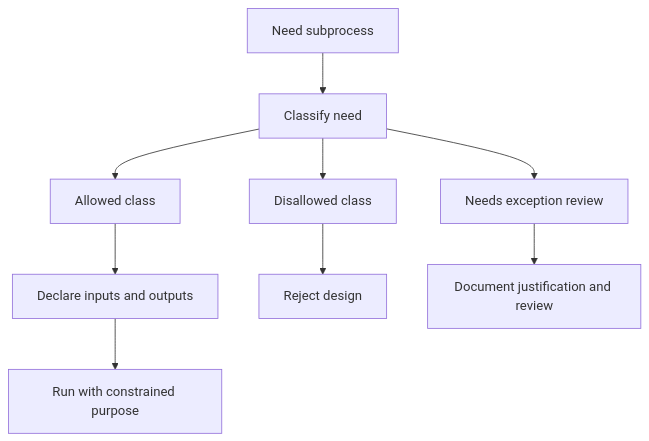
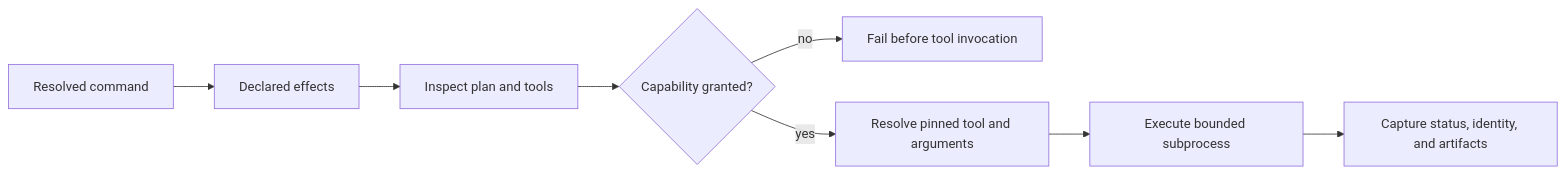
The diagram in docs/bijux-atlas-dev/automation/subprocess-allowance.md (bijux/bijux-atlas), drawn with Mermaid before and after one commit. The commit also changed other lines of this file and 2 other files, not shown here.

Commit message:
docs(automation): define routing effects and generated authority

````diff
--- a/docs/bijux-atlas-dev/automation/subprocess-allowance.md
+++ b/docs/bijux-atlas-dev/automation/subprocess-allowance.md
@@ -17,12 +19,10 @@
 ```mermaid
-flowchart TD
-    Need[Need subprocess] --> Classify[Classify need]
-    Classify --> Allowed[Allowed class]
-    Classify --> Disallowed[Disallowed class]
-    Classify --> Exception[Needs exception review]
-
-    Allowed --> Declare[Declare inputs and outputs]
-    Declare --> Run[Run with constrained purpose]
-    Disallowed --> Reject[Reject design]
-    Exception --> Justify[Document justification and review]
+flowchart LR
+    Command[Resolved command] --> Effects[Declared effects]
+    Effects --> Plan[Inspect plan and tools]
+    Plan --> Grant{Capability granted?}
+    Grant -->|no| Reject[Fail before tool invocation]
+    Grant -->|yes| Resolve[Resolve pinned tool and arguments]
+    Resolve --> Run[Execute bounded subprocess]
+    Run --> Capture[Capture status, identity, and artifacts]
 ```
````
